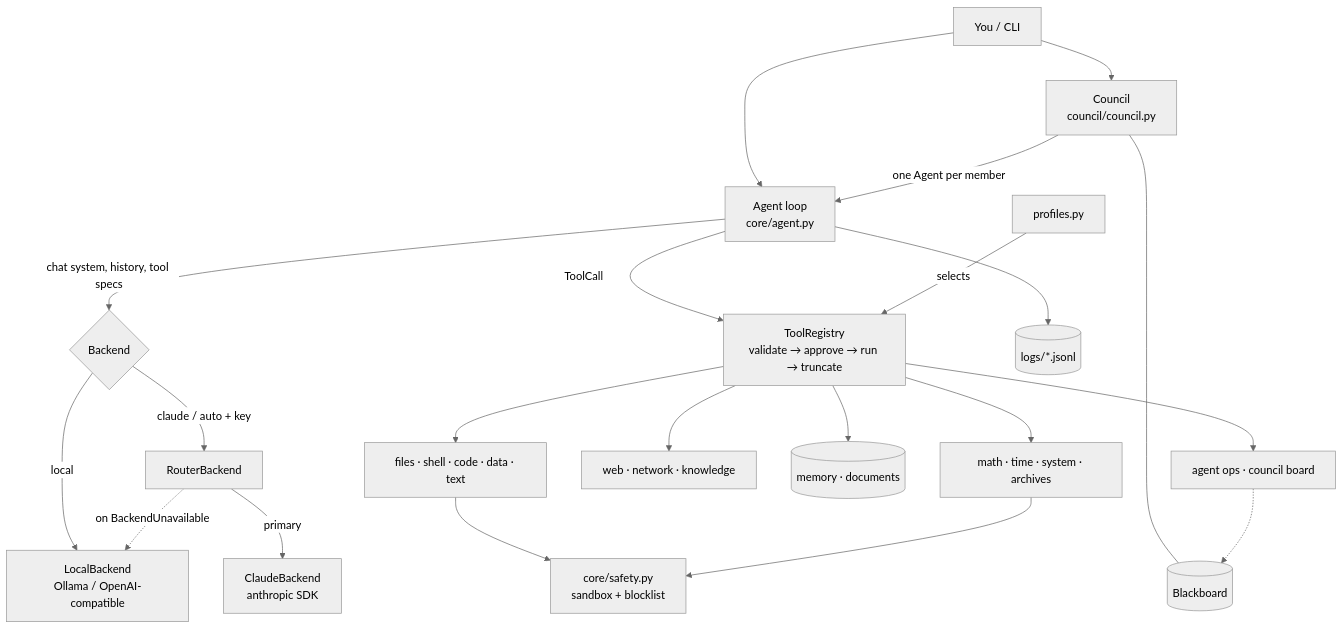
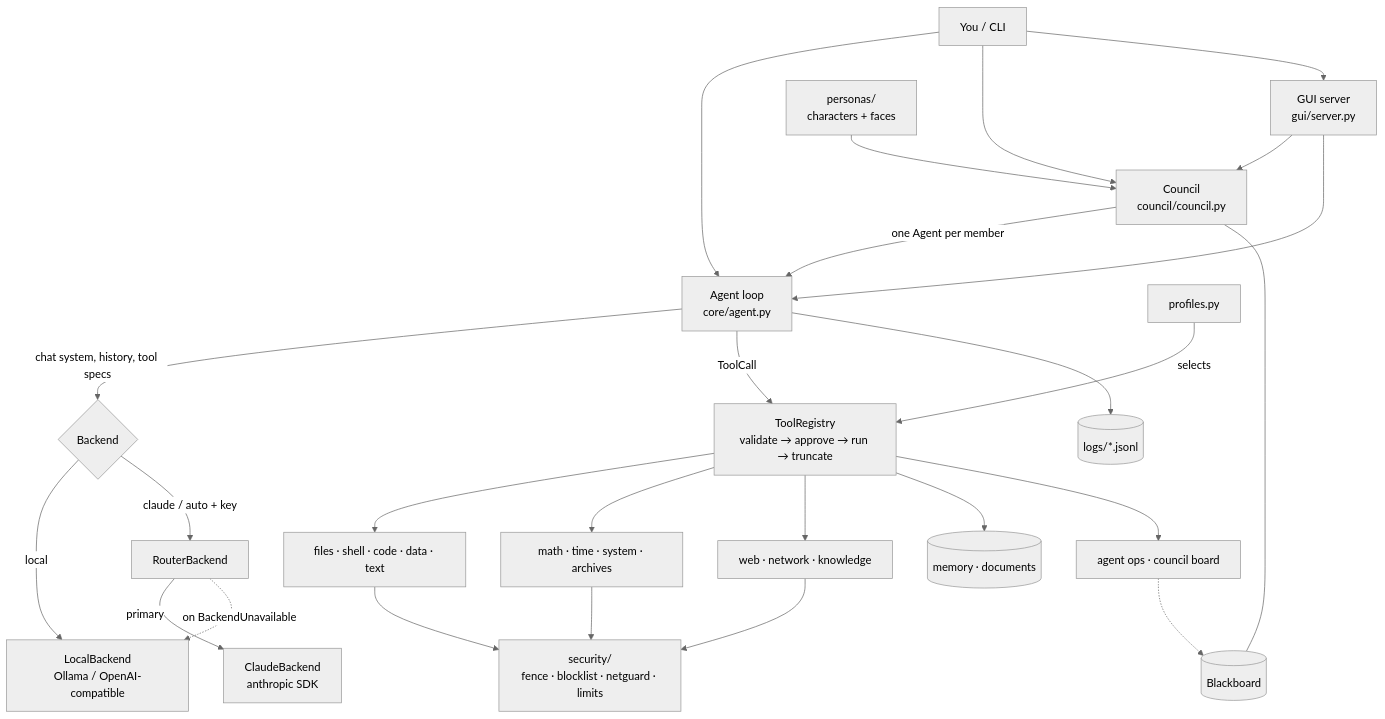
Before and after one commit to binigooh-dot/hybrid-agent: the first of 2 diagrams in docs/03_ARCHITECTURE.md, drawn with Mermaid (neutral theme). The commit also changed other lines of this file and 88 other files, not shown here.

First line of the commit message:
v0.3: Agent Studio GUI, personas with faces, knowledge suite, safety drills, security hardening

````diff
--- a/docs/03_ARCHITECTURE.md
+++ b/docs/03_ARCHITECTURE.md
@@ -23,21 +26,24 @@
 ```mermaid
 flowchart TB
     U[You / CLI] --> A[Agent loop<br/>core/agent.py]
     U --> CO[Council<br/>council/council.py]
     CO -->|one Agent per member| A
     CO --- BB[(Blackboard)]
     A -->|chat system, history, tool specs| R{Backend}
     R -->|local| L[LocalBackend<br/>Ollama / OpenAI-compatible]
     R -->|claude / auto + key| RT[RouterBackend]
     RT -->|primary| C[ClaudeBackend<br/>anthropic SDK]
     RT -.->|on BackendUnavailable| L
     A -->|ToolCall| TR[ToolRegistry<br/>validate → approve → run → truncate]
     P[profiles.py] -->|selects| TR
     TR --> T1[files · shell · code · data · text]
     TR --> T2[math · time · system · archives]
     TR --> T3[web · network · knowledge]
     TR --> T4[(memory · documents)]
     TR --> T5[agent ops · council board] -.-> BB
-    T1 & T2 --> S[core/safety.py<br/>sandbox + blocklist]
+    T1 & T2 & T3 --> S[security/<br/>fence · blocklist · netguard · limits]
+    U --> G[GUI server<br/>gui/server.py] --> CO
+    G --> A
+    P2[personas/<br/>characters + faces] --> CO
     A --> LOG[(logs/*.jsonl)]
 ```
````
